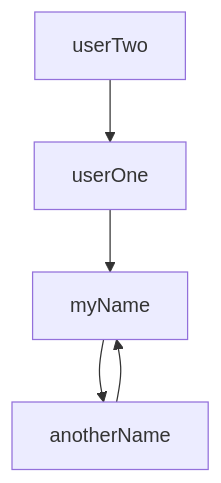
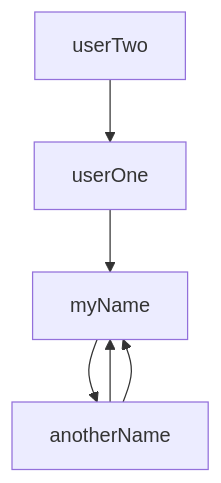
The diagram in README.md (siddharthkumarrai/Javascript_guide), drawn with Mermaid before and after one commit.

````diff
--- a/README.md
+++ b/README.md
@@ -126,4 +126,5 @@
 ```mermaid
 graph TD;
     userTwo-->userOne-->myName-->anotherName-->myName;
+    anotherName-->myName;
 ```
````
